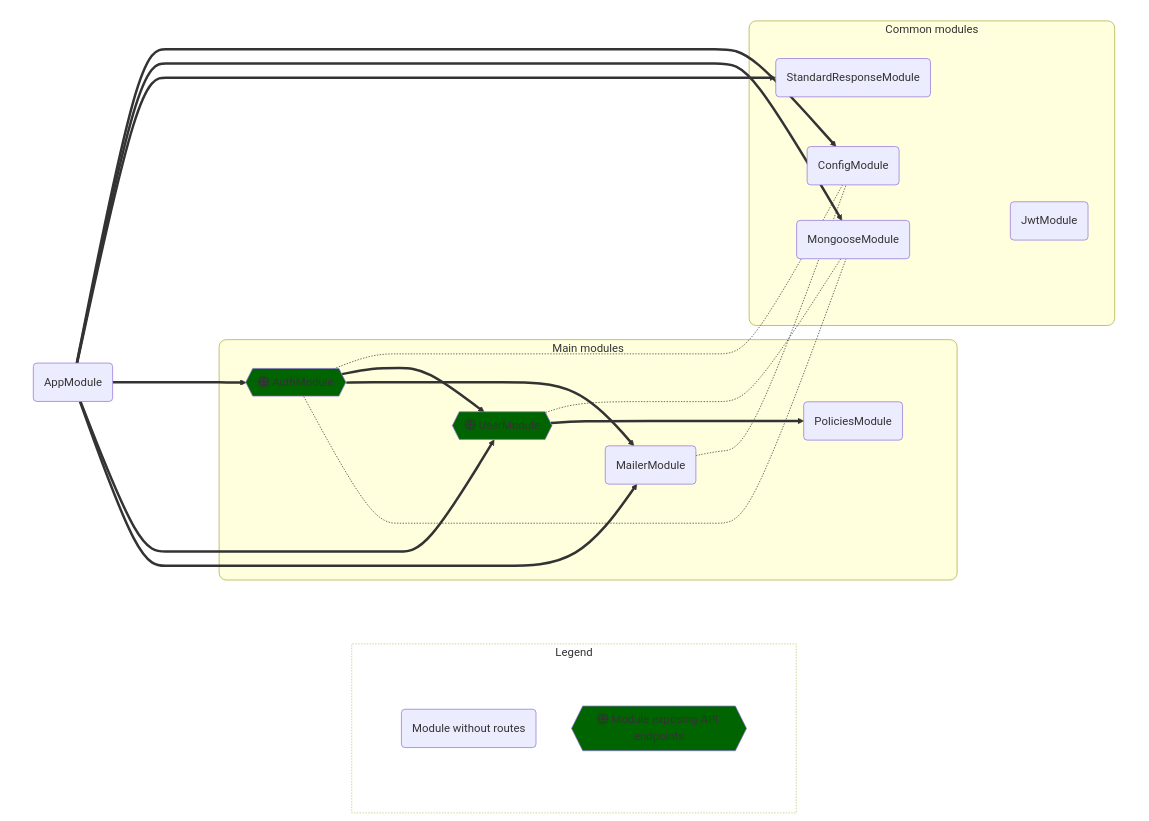
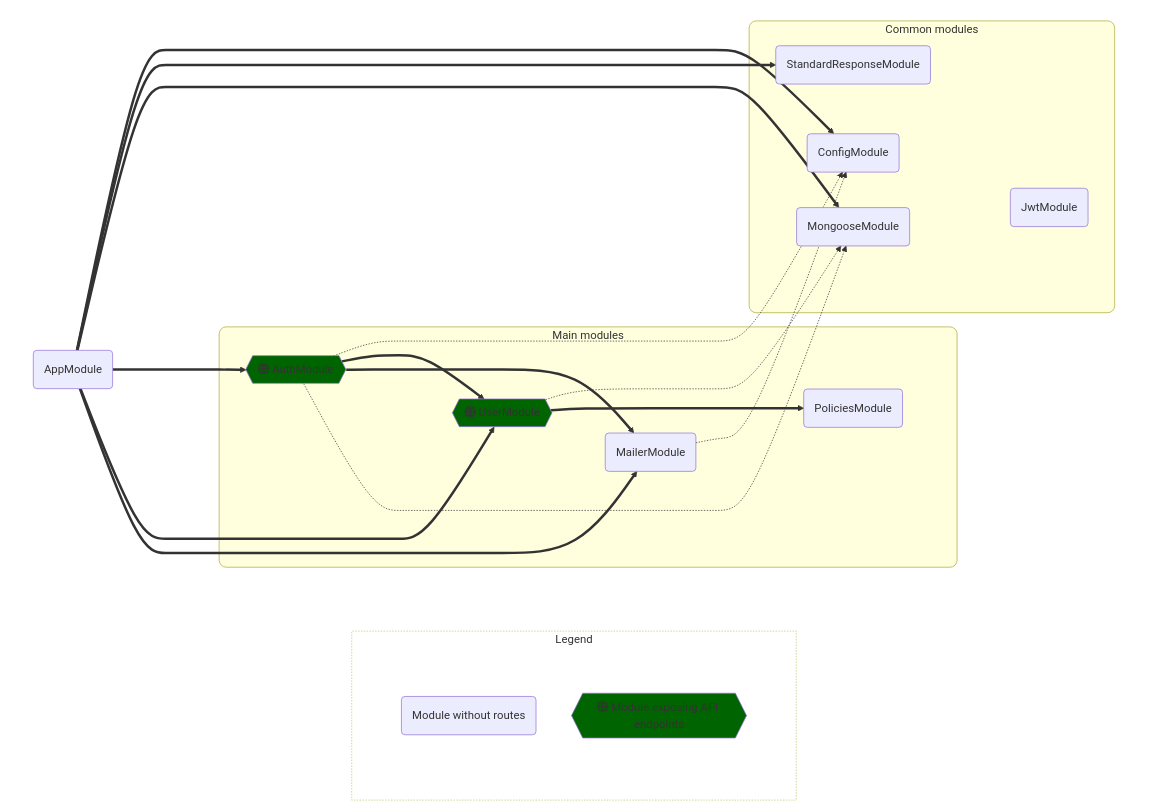
The diagram in README.md (simioni/nest-pret), drawn with Mermaid before and after one commit. The commit also changed other lines of this file, not shown here.

````diff
--- a/README.md
+++ b/README.md
@@ -224,54 +224,54 @@
 ```mermaid
 
  flowchart LR
    subgraph legend[ Legend ]
    subgraph legendPadding [ ]
      direction TB
      ex2(Module without routes)
      ex1{{fa:fa-globe Module exposing API endpoints}}:::restEndpoint
    end
    end
    subgraph appGraph[" "]
      direction LR
      subgraph MM[Main modules]
        UserModule
        AuthModule
        PoliciesModule
        MailerModule
      end
      subgraph CM[Common modules]
        ConfigModule
        StandardResponseModule
        MongooseModule
        JwtModule
      end
      AppModule(AppModule)===>ConfigModule
      JwtModule(JwtModule)~~~ConfigModule
      ConfigModule(ConfigModule)~~~JwtModule
+     AppModule(AppModule)===>StandardResponseModule
+     MongooseModule(MongooseModule)~~~JwtModule
      AppModule(AppModule)===>MongooseModule
-     MongooseModule(MongooseModule)~~~JwtModule
-     AppModule(AppModule)===>StandardResponseModule
      StandardResponseModule(StandardResponseModule)~~~JwtModule
      AppModule(AppModule)===>AuthModule
-     AuthModule{{fa:fa-globe AuthModule}}:::restEndpoint-.-ConfigModule
+     AuthModule{{fa:fa-globe AuthModule}}:::restEndpoint-.->ConfigModule
      AuthModule{{fa:fa-globe AuthModule}}:::restEndpoint===>UserModule
-     UserModule{{fa:fa-globe UserModule}}:::restEndpoint-.-MongooseModule
+     UserModule{{fa:fa-globe UserModule}}:::restEndpoint-.->MongooseModule
      UserModule{{fa:fa-globe UserModule}}:::restEndpoint===>PoliciesModule
      PoliciesModule(PoliciesModule)~~~JwtModule
      UserModule{{fa:fa-globe UserModule}}:::restEndpoint~~~JwtModule
      AuthModule{{fa:fa-globe AuthModule}}:::restEndpoint===>MailerModule
-     MailerModule(MailerModule)-.-ConfigModule
+     MailerModule(MailerModule)-.->ConfigModule
      MailerModule(MailerModule)~~~JwtModule
-     AuthModule{{fa:fa-globe AuthModule}}:::restEndpoint-.-MongooseModule
+     AuthModule{{fa:fa-globe AuthModule}}:::restEndpoint-.->MongooseModule
      AuthModule{{fa:fa-globe AuthModule}}:::restEndpoint~~~JwtModule
      AppModule(AppModule)===>UserModule
      AppModule(AppModule)===>MailerModule
      AppModule(AppModule)~~~JwtModule
    end
  classDef restEndpoint fill:darkgreen
  classDef groupStyles rx:10,ry:10
  class CM,MM groupStyles
  classDef layoutGroup fill:none,stroke:none
  class appGraph,legendPadding layoutGroup
  style legend stroke-dasharray: 0 1 1,fill:none,opacity:0.75
 ```
````
